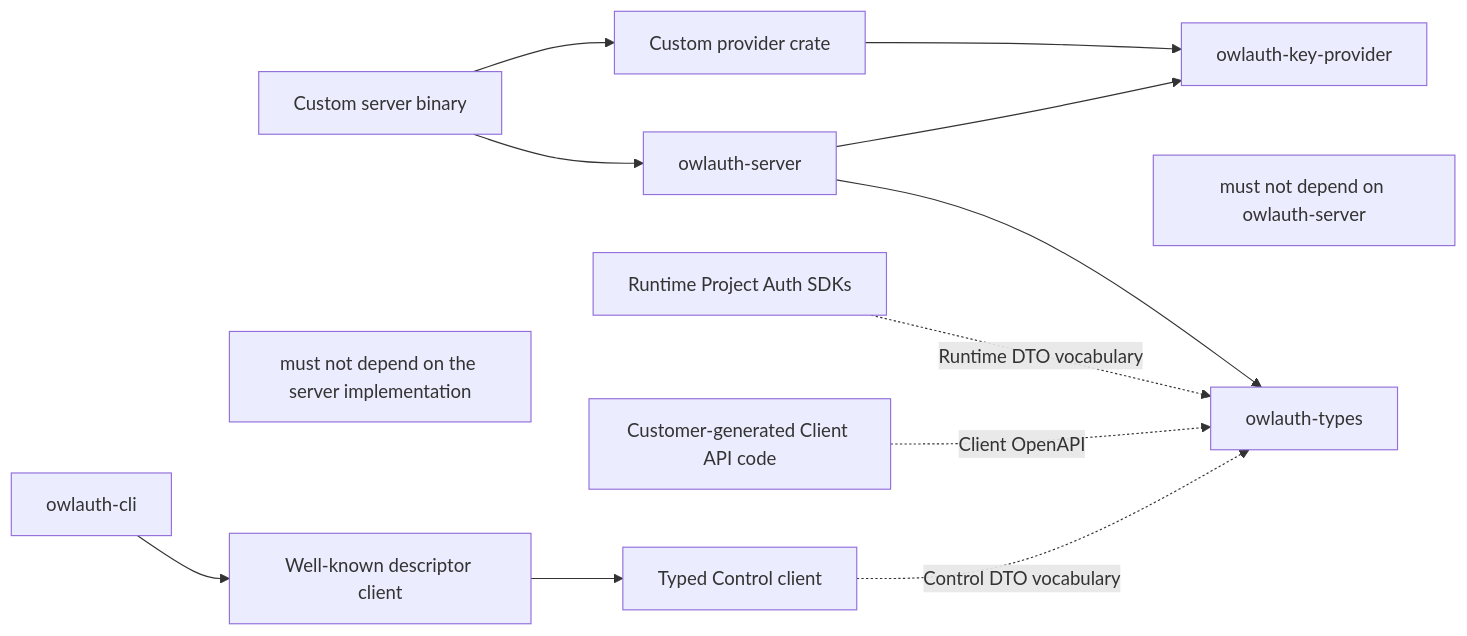
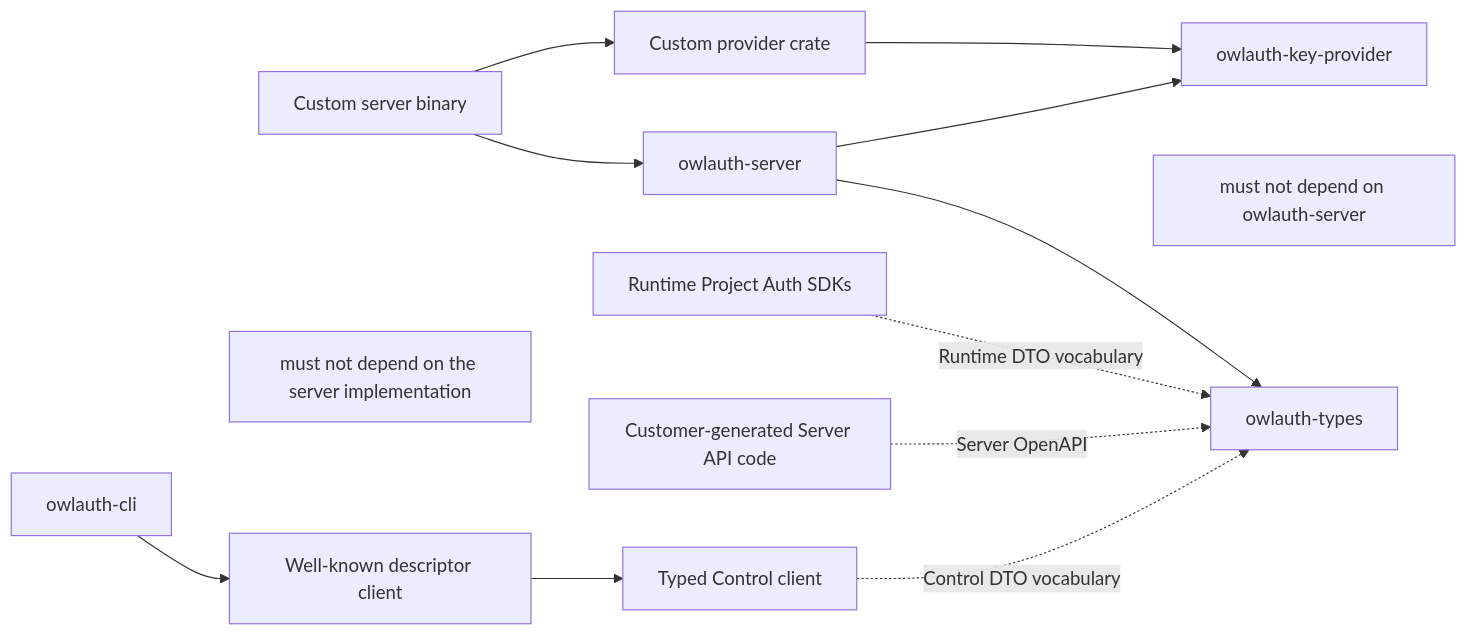
One commit to owlfoundry/owlauth changed the second of 3 diagrams in spec/02-domain-and-crate-boundaries.md. Above: the diagram before and after it, drawn with Mermaid. The commit also changed other lines of this file and 182 other files, not shown here.

First line of the commit message:
feat(server+cli)!: replace client API with project server API

````diff
--- a/spec/02-domain-and-crate-boundaries.md
+++ b/spec/02-domain-and-crate-boundaries.md
@@ -67,16 +67,16 @@
 ```mermaid
 flowchart LR
     SERVER[owlauth-server] --> TYPES[owlauth-types]
     SERVER --> KEYSPI[owlauth-key-provider]
     CUSTOM[Custom provider crate] --> KEYSPI
     CUSTOMBIN[Custom server binary] --> SERVER
     CUSTOMBIN --> CUSTOM
     SDK[Runtime Project Auth SDKs] -. Runtime DTO vocabulary .-> TYPES
-    GENERATED[Customer-generated Client API code] -. Client OpenAPI .-> TYPES
+    GENERATED[Customer-generated Server API code] -. Server OpenAPI .-> TYPES
     CLI[owlauth-cli] --> DISCOVERY[Well-known descriptor client]
     DISCOVERY --> CCLIENT[Typed Control client]
     CCLIENT -. Control DTO vocabulary .-> TYPES
 
     CLI ~~~ NO1["must not depend on the server implementation"]
     SDK ~~~ NO2["must not depend on owlauth-server"]
 ```
````
